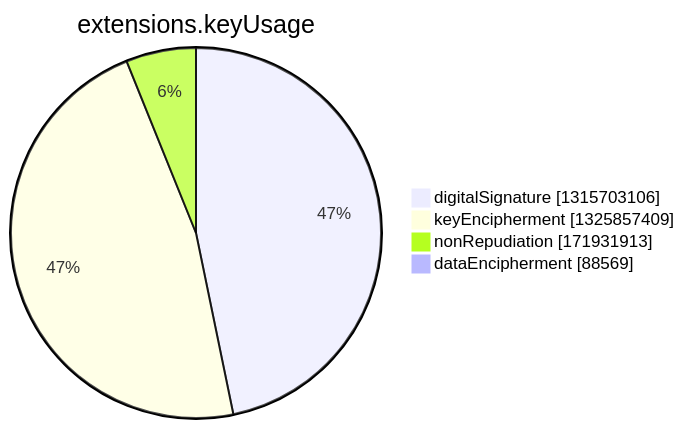
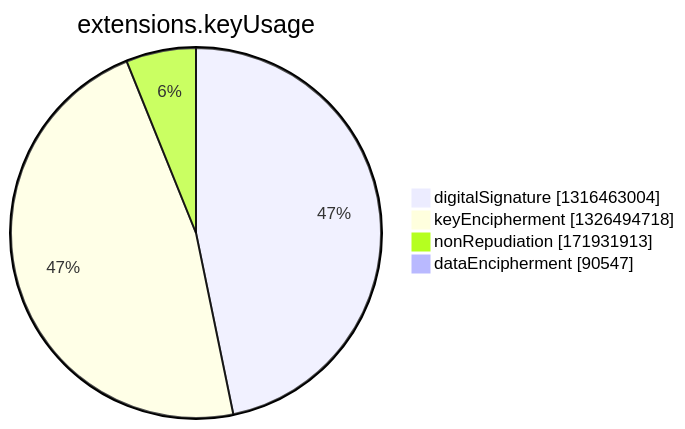
One commit to christiankrug/ctmonitor_visualization changed the seventh of 15 diagrams in argon2022/README.md. Above: the diagram before and after it, drawn with Mermaid. The commit also changed other lines of this file, not shown here.

````diff
--- a/argon2022/README.md
+++ b/argon2022/README.md
@@ -2750,8 +2750,8 @@
 ```mermaid
 pie showData
 title extensions.keyUsage
-"digitalSignature" :1315703106
-"keyEncipherment" :1325857409
+"digitalSignature" :1316463004
+"keyEncipherment" :1326494718
 "nonRepudiation" :171931913
-"dataEncipherment" :88569
+"dataEncipherment" :90547
 ```
````
